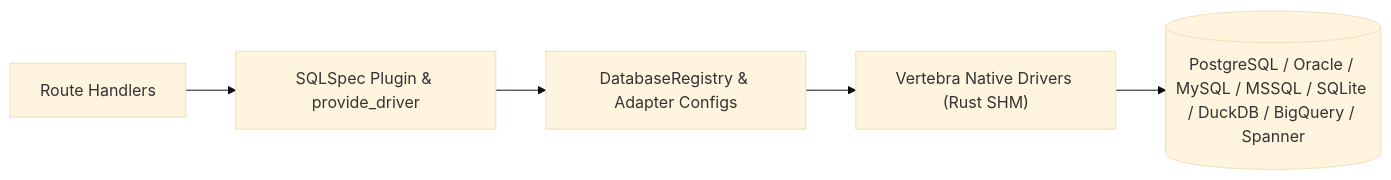
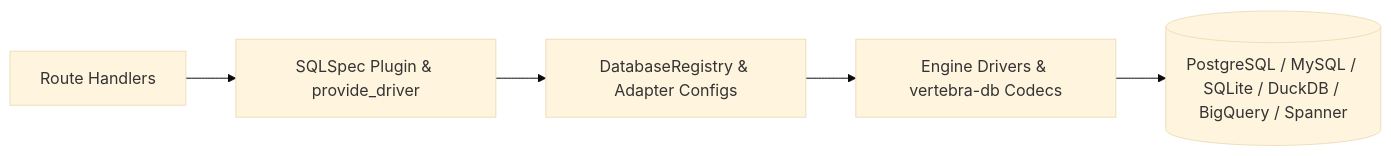
The diagram in docs/usage/databases.md (cofin/vertebra), drawn with Mermaid (base theme) before and after one commit. The commit also changed other lines of this file and 110 other files, not shown here.

````diff
--- a/docs/usage/databases.md
+++ b/docs/usage/databases.md
@@ -5,7 +5,7 @@
 ```mermaid
 flowchart LR
     A["Route Handlers"] --> B["SQLSpec Plugin & provide_driver"]
     B --> C["DatabaseRegistry & Adapter Configs"]
-    C --> D["Vertebra Native Drivers (Rust SHM)"]
-    D --> E[("PostgreSQL / Oracle / MySQL / MSSQL / SQLite / DuckDB / BigQuery / Spanner")]
+    C --> D["Engine Drivers & vertebra-db Codecs"]
+    D --> E[("PostgreSQL / MySQL / SQLite / DuckDB / BigQuery / Spanner")]
 ```
````
